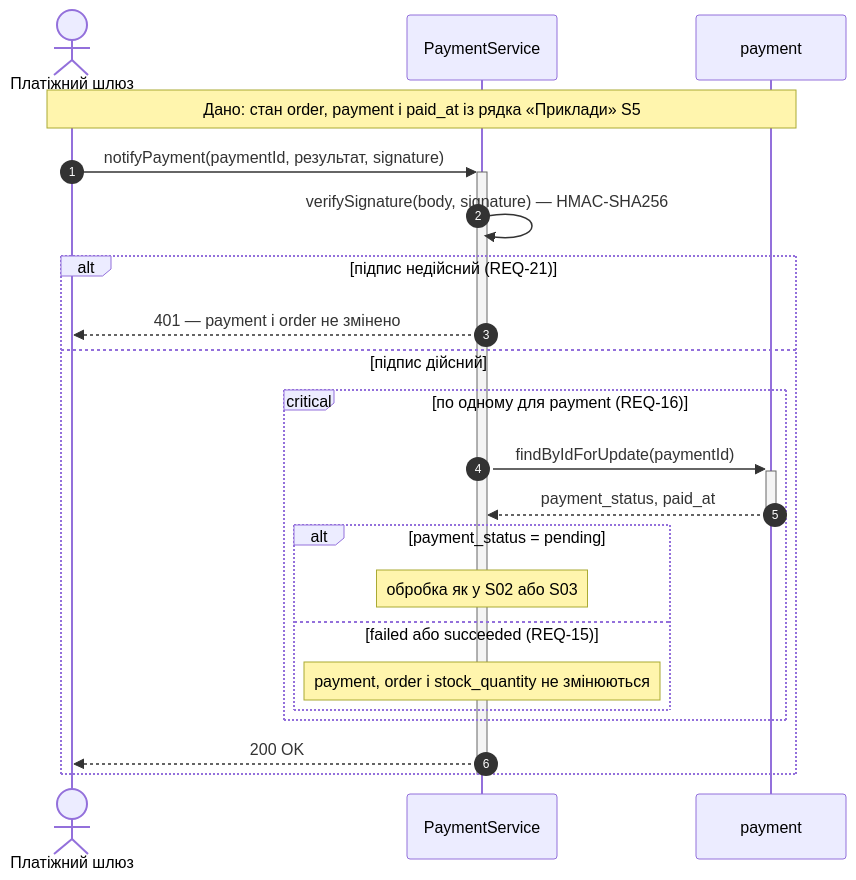
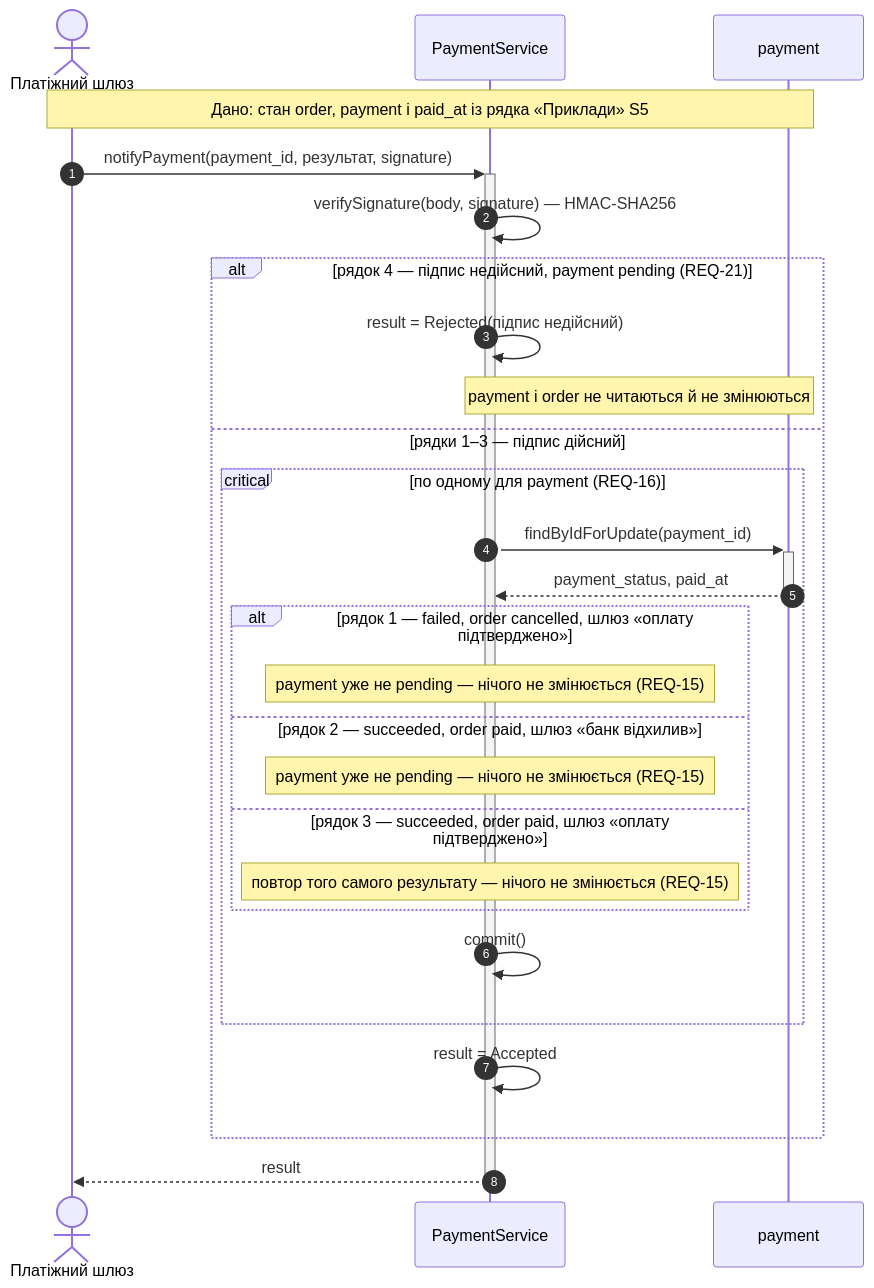
Before and after one commit to piximeow/KPI: the diagram in lab3/sequences/S05-gateway-notification-ignored.md, drawn with Mermaid. The commit also changed other lines of this file and 9 other files, not shown here.

````diff
--- a/lab3/sequences/S05-gateway-notification-ignored.md
+++ b/lab3/sequences/S05-gateway-notification-ignored.md
@@ -5,26 +5,30 @@
 ```mermaid
 sequenceDiagram
     autonumber
     actor GW as Платіжний шлюз
     participant PS as PaymentService
     participant PA as payment
 
     Note over GW,PA: Дано: стан order, payment і paid_at із рядка «Приклади» S5
-    GW->>+PS: notifyPayment(paymentId, результат, signature)
+    GW->>+PS: notifyPayment(payment_id, результат, signature)
     PS->>PS: verifySignature(body, signature) — HMAC-SHA256
-    alt підпис недійсний (REQ-21)
-        PS-->>GW: 401 — payment і order не змінено
-    else підпис дійсний
+    alt рядок 4 — підпис недійсний, payment pending (REQ-21)
+        PS->>PS: result = Rejected(підпис недійсний)
+        Note over PS,PA: payment і order не читаються й не змінюються
+    else рядки 1–3 — підпис дійсний
         critical по одному для payment (REQ-16)
-            PS->>+PA: findByIdForUpdate(paymentId)
+            PS->>+PA: findByIdForUpdate(payment_id)
             PA-->>-PS: payment_status, paid_at
-            alt payment_status = pending
-                Note over PS: обробка як у S02 або S03
-            else failed або succeeded (REQ-15)
-                Note over PS: payment, order і stock_quantity не змінюються
+            alt рядок 1 — failed, order cancelled, шлюз «оплату підтверджено»
+                Note over PS: payment уже не pending — нічого не змінюється (REQ-15)
+            else рядок 2 — succeeded, order paid, шлюз «банк відхилив»
+                Note over PS: payment уже не pending — нічого не змінюється (REQ-15)
+            else рядок 3 — succeeded, order paid, шлюз «оплату підтверджено»
+                Note over PS: повтор того самого результату — нічого не змінюється (REQ-15)
             end
+            PS->>PS: commit()
         end
-        PS-->>GW: 200 OK
+        PS->>PS: result = Accepted
     end
-    deactivate PS
+    PS-->>-GW: result
 ```
````
